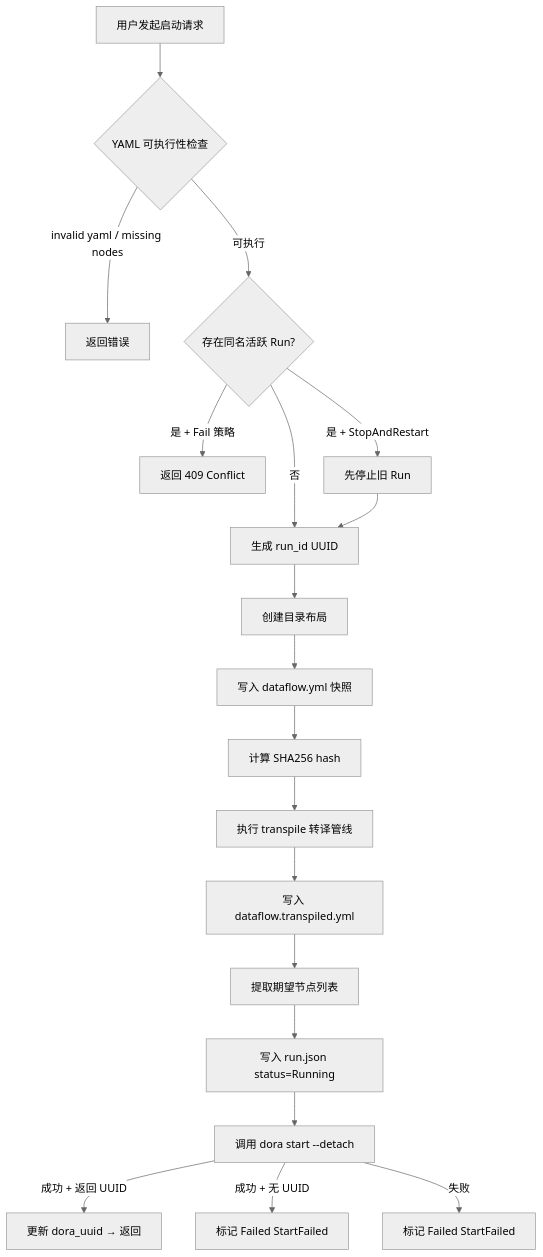
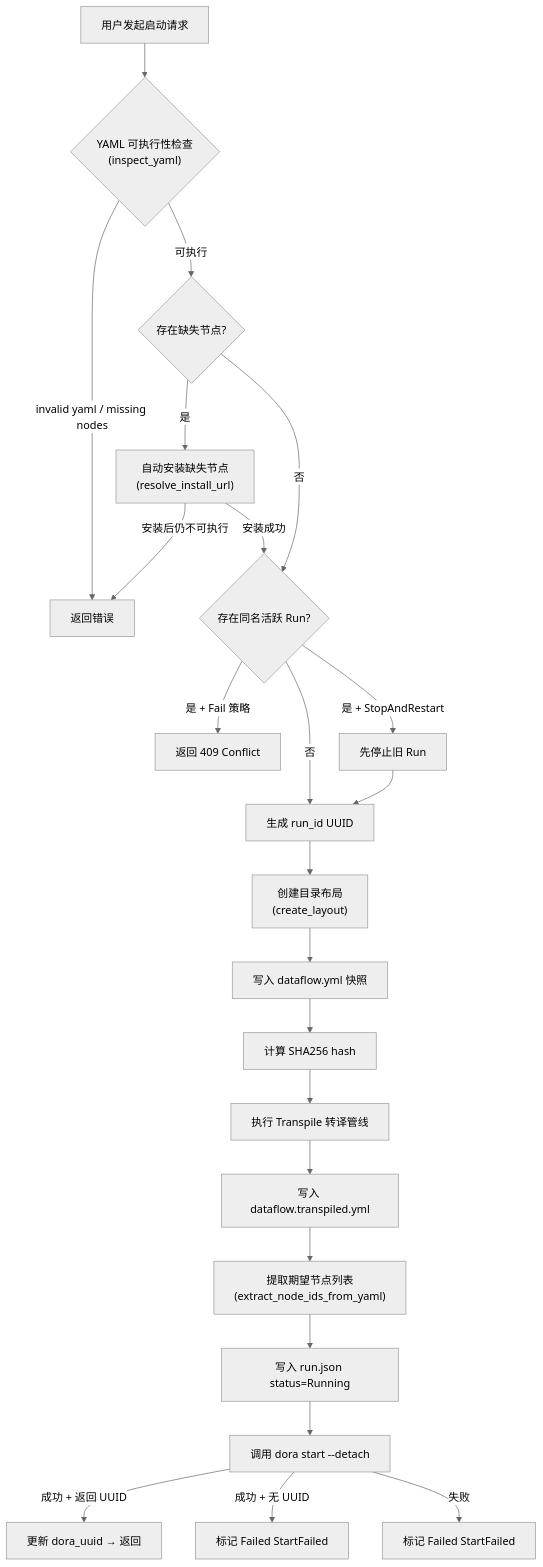
One commit to l1veIn/dora-manager changed the second of 3 diagrams in wiki/zh/06-run-lifecycle.md. Above: the diagram before and after it, drawn with Mermaid (neutral theme). The commit also changed other lines of this file and 99 other files, not shown here.

````diff
--- a/wiki/zh/06-run-lifecycle.md
+++ b/wiki/zh/06-run-lifecycle.md
@@ -116,21 +131,25 @@
 ```mermaid
 flowchart TD
-    A[用户发起启动请求] --> B{YAML 可执行性检查}
-    B -->|invalid yaml / missing nodes| X[返回错误]
-    B -->|可执行| C{存在同名活跃 Run?}
-    C -->|是 + Fail 策略| Y[返回 409 Conflict]
-    C -->|是 + StopAndRestart| D[先停止旧 Run]
-    C -->|否| E[生成 run_id UUID]
-    D --> E
-    E --> F[创建目录布局]
-    F --> G[写入 dataflow.yml 快照]
-    G --> H[计算 SHA256 hash]
-    H --> I[执行 transpile 转译管线]
-    I --> J[写入 dataflow.transpiled.yml]
-    J --> K[提取期望节点列表]
-    K --> L[写入 run.json status=Running]
-    L --> M["调用 dora start --detach"]
-    M -->|成功 + 返回 UUID| N[更新 dora_uuid → 返回]
-    M -->|成功 + 无 UUID| O[标记 Failed StartFailed]
-    M -->|失败| P[标记 Failed StartFailed]
+    A["用户发起启动请求"] --> B{"YAML 可执行性检查\n(inspect_yaml)"}
+    B -->|"invalid yaml / missing nodes"| X["返回错误"]
+    B -->|可执行| C{"存在缺失节点?"}
+    C -->|"是"| D["自动安装缺失节点\n(resolve_install_url)"]
+    D -->|"安装后仍不可执行"| X
+    D -->|"安装成功"| E{"存在同名活跃 Run?"}
+    C -->|"否"| E
+    E -->|"是 + Fail 策略"| Y["返回 409 Conflict"]
+    E -->|"是 + StopAndRestart"| F["先停止旧 Run"]
+    E -->|"否"| G["生成 run_id UUID"]
+    F --> G
+    G --> H["创建目录布局\n(create_layout)"]
+    H --> I["写入 dataflow.yml 快照"]
+    I --> J["计算 SHA256 hash"]
+    J --> K["执行 Transpile 转译管线"]
+    K --> L["写入 dataflow.transpiled.yml"]
+    L --> M["提取期望节点列表\n(extract_node_ids_from_yaml)"]
+    M --> N["写入 run.json status=Running"]
+    N --> O["调用 dora start --detach"]
+    O -->|"成功 + 返回 UUID"| P["更新 dora_uuid → 返回"]
+    O -->|"成功 + 无 UUID"| Q["标记 Failed StartFailed"]
+    O -->|"失败"| R["标记 Failed StartFailed"]
 ```
````
